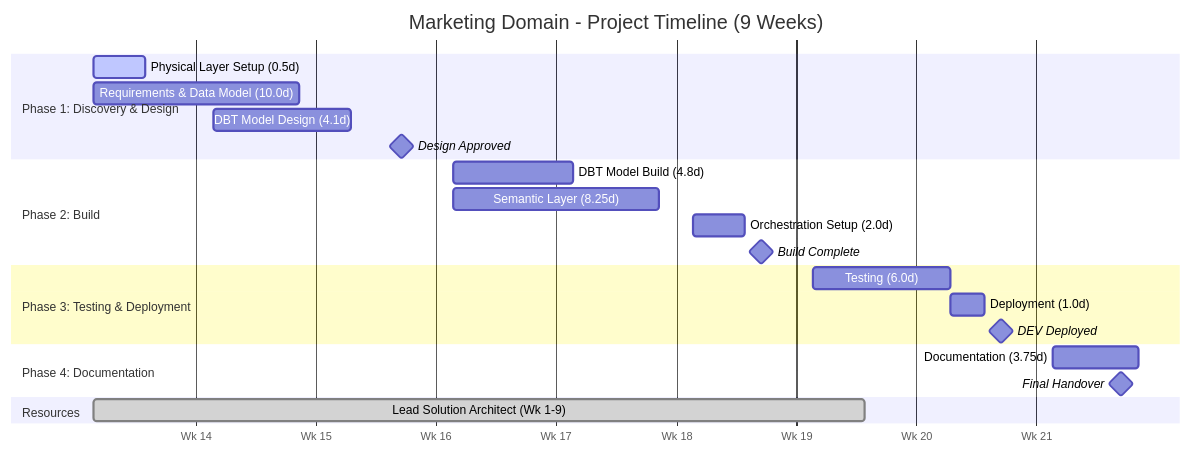
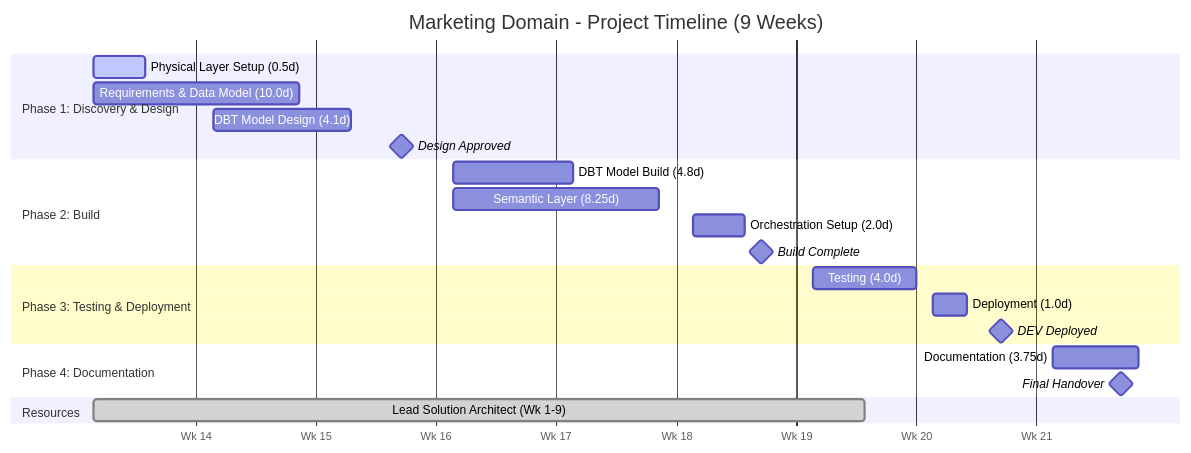
The first of 2 diagrams in 4-DataPipelinePrioritisation/InternalSoWs/SoWs/Marketing_Domain_Scope_of_Work_INTERNAL.md (sfc-gh-mhindi/REPO_CANVA), drawn with Mermaid before and after one commit. The commit also changed other lines of this file and 3 other files, not shown here.

First line of the commit message:
Update timelines and resource requirements to match new estimates

````diff
--- a/4-DataPipelinePrioritisation/InternalSoWs/SoWs/Marketing_Domain_Scope_of_Work_INTERNAL.md
+++ b/4-DataPipelinePrioritisation/InternalSoWs/SoWs/Marketing_Domain_Scope_of_Work_INTERNAL.md
@@ -492,31 +492,31 @@
 ```mermaid
 gantt
     title Marketing Domain - Project Timeline (9 Weeks)
     dateFormat  YYYY-MM-DD
     axisFormat  Wk %W
     tickInterval 1week
     
     section Phase 1: Discovery & Design
     Physical Layer Setup (0.5d)           :active, p1a, 2026-04-06, 3d
     Requirements & Data Model (10.0d)     :p1b, 2026-04-06, 12d
     DBT Model Design (4.1d)               :p1c, 2026-04-13, 8d
     Design Approved                       :milestone, m1, 2026-04-24, 0d
     
     section Phase 2: Build
     DBT Model Build (4.8d)                :p2a, 2026-04-27, 7d
     Semantic Layer (8.25d)                :p2b, 2026-04-27, 12d
     Orchestration Setup (2.0d)            :p2c, 2026-05-11, 3d
     Build Complete                        :milestone, m2, 2026-05-15, 0d
     
     section Phase 3: Testing & Deployment
-    Testing (6.0d)                        :p3a, 2026-05-18, 8d
-    Deployment (1.0d)                     :p3b, 2026-05-26, 2d
+    Testing (4.0d)                        :p3a, 2026-05-18, 6d
+    Deployment (1.0d)                     :p3b, 2026-05-25, 2d
     DEV Deployed                          :milestone, m3, 2026-05-29, 0d
     
     section Phase 4: Documentation
     Documentation (3.75d)                 :p4a, 2026-06-01, 5d
     Final Handover                        :milestone, m4, 2026-06-05, 0d
     
     section Resources
     Lead Solution Architect (Wk 1-9)      :done, res1, 2026-04-06, 45d
 ```
````
